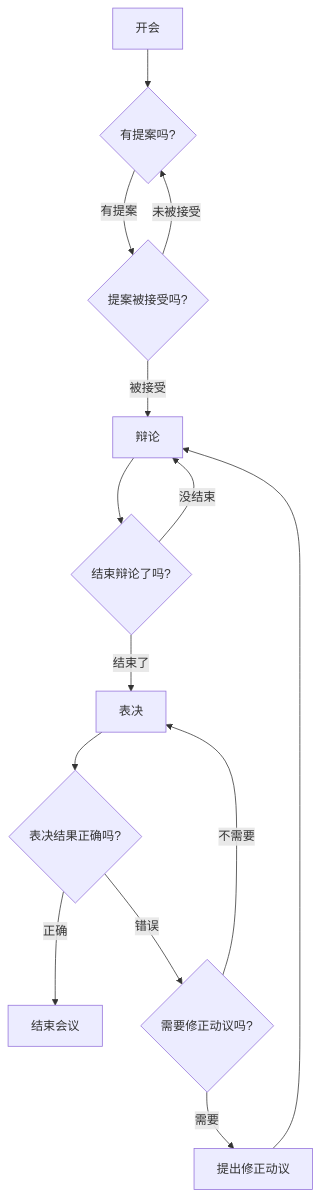
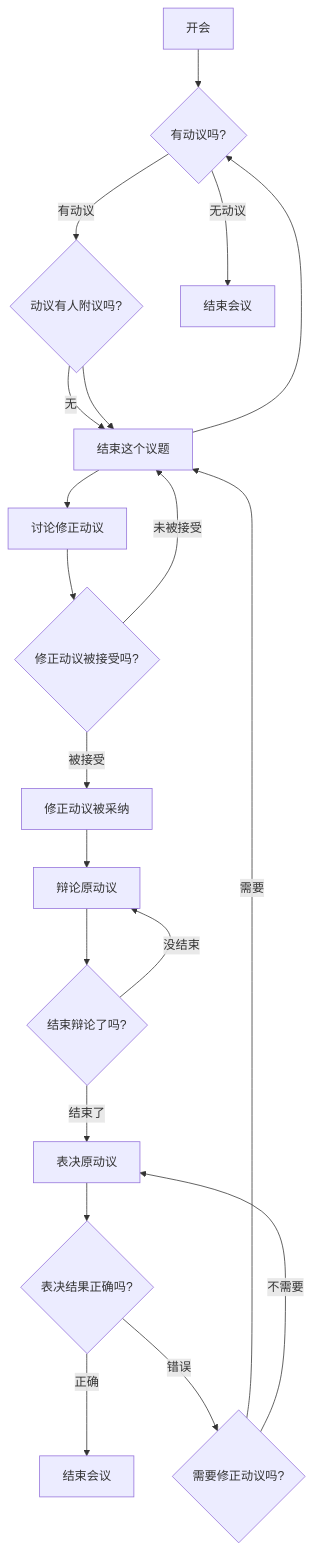
One commit to newle/newle.github.io changed the second of 2 diagrams in 《可操作的民主》.md. Above: the diagram before and after it, drawn with Mermaid. The commit also changed other lines of this file, not shown here.

Commit message:
vault backup: 2023-04-04 15:27:00

````diff
--- a/《可操作的民主》.md
+++ b/《可操作的民主》.md
@@ -83,3 +83,22 @@
 ```mermaid
-graph TD; A[开会] --> B{有提案吗?}; B -->|有提案| C{提案被接受吗?}; C -->|被接受| D[辩论]; C -->|未被接受| B; D --> E{结束辩论了吗?}; E -->|结束了| F[表决]; E -->|没结束| D; F --> G{表决结果正确吗?}; G -->|正确| H[结束会议]; G -->|错误| I{需要修正动议吗?}; I -->|需要| J[提出修正动议]; J --> D; I -->|不需要| F;
+graph TD;
+  A[开会] --> B{有动议吗?};
+  B -->|有动议| C{动议有人附议吗?};
+  C -->|无| D[结束这个议题];
+  D --> B;
+  B --> |无动议| BB[结束会议];
+  C -->
+  D --> E[讨论修正动议];
+  E --> F{修正动议被接受吗?};
+  F -->|被接受| G[修正动议被采纳];
+  F -->|未被接受| D;
+  G --> H[辩论原动议];
+  H --> I{结束辩论了吗?};
+  I -->|结束了| J[表决原动议];
+  I -->|没结束| H;
+  J --> K{表决结果正确吗?};
+  K -->|正确| L[结束会议];
+  K -->|错误| M{需要修正动议吗?};
+  M -->|需要| D;
+  M -->|不需要| J;
 ```
````
